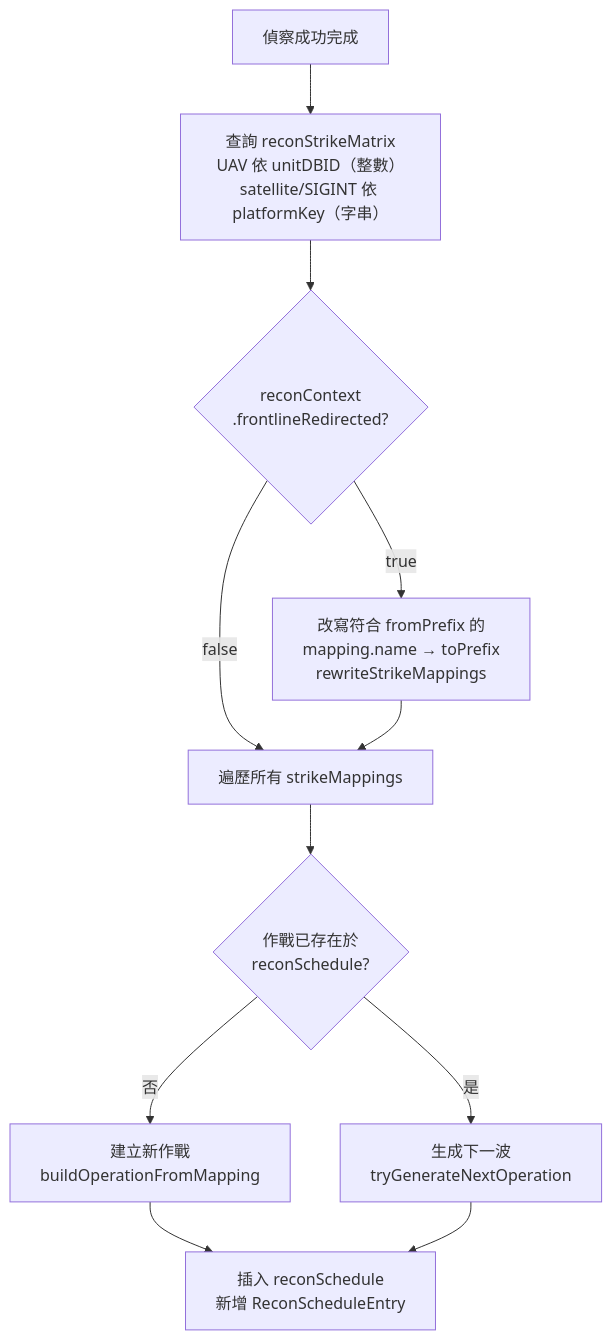
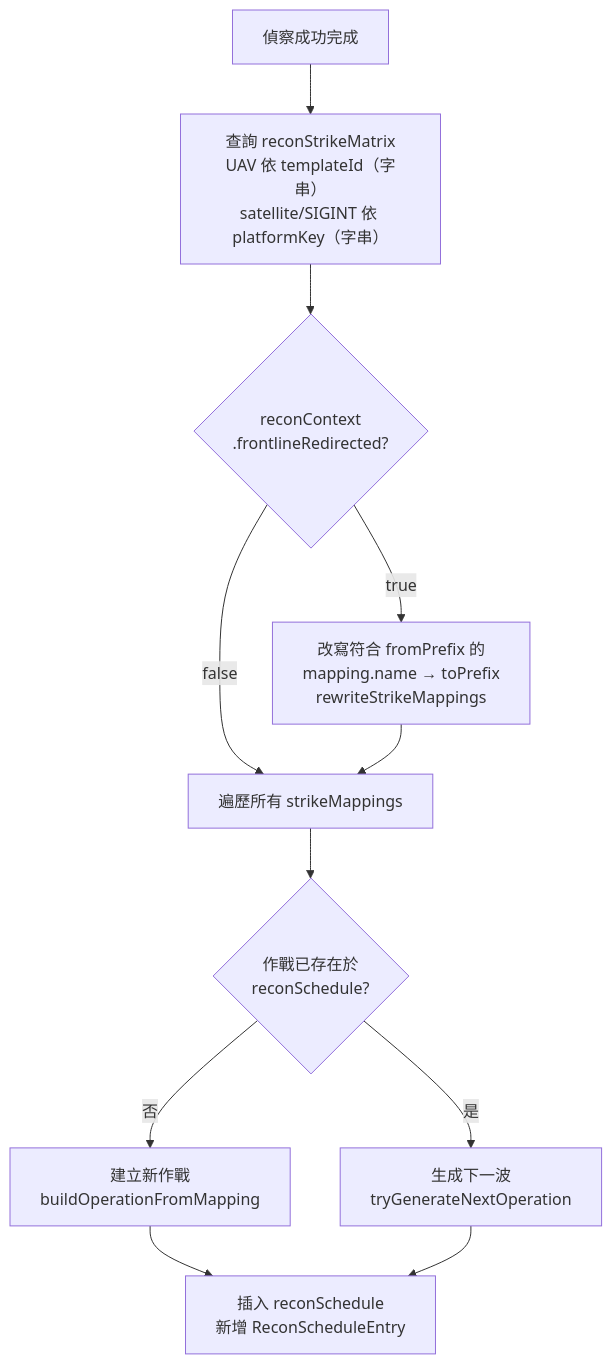
Before and after one commit to pullupjumper/formosa-in-flames: the second of 5 diagrams in docs/strikePlanner/recon.md, drawn with Mermaid. The commit also changed other lines of this file and 4 other files, not shown here.

Commit message:
refactor(recon): key UAV strike mappings by template id

````diff
--- a/docs/strikePlanner/recon.md
+++ b/docs/strikePlanner/recon.md
@@ -84,23 +84,23 @@
 ```mermaid
 flowchart TD
     RECON_OK["偵察成功完成"]
-    MATRIX["查詢 reconStrikeMatrix<br>UAV 依 unitDBID（整數）<br>satellite/SIGINT 依 platformKey（字串）"]
+    MATRIX["查詢 reconStrikeMatrix<br>UAV 依 templateId（字串）<br>satellite/SIGINT 依 platformKey（字串）"]
     REDIRECT{"reconContext<br>.frontlineRedirected?"}
     REWRITE["改寫符合 fromPrefix 的<br>mapping.name → toPrefix<br>rewriteStrikeMappings"]
     LOOP["遍歷所有 strikeMappings"]
     CHECK{"作戰已存在於<br>reconSchedule?"}
     NEW["建立新作戰<br>buildOperationFromMapping"]
     NEXT["生成下一波<br>tryGenerateNextOperation"]
     INSERT["插入 reconSchedule<br>新增 ReconScheduleEntry"]
 
     RECON_OK --> MATRIX
     MATRIX --> REDIRECT
     REDIRECT -->|true| REWRITE
     REDIRECT -->|false| LOOP
     REWRITE --> LOOP
     LOOP --> CHECK
     CHECK -->|否| NEW
     CHECK -->|是| NEXT
     NEW --> INSERT
     NEXT --> INSERT
 ```
````
